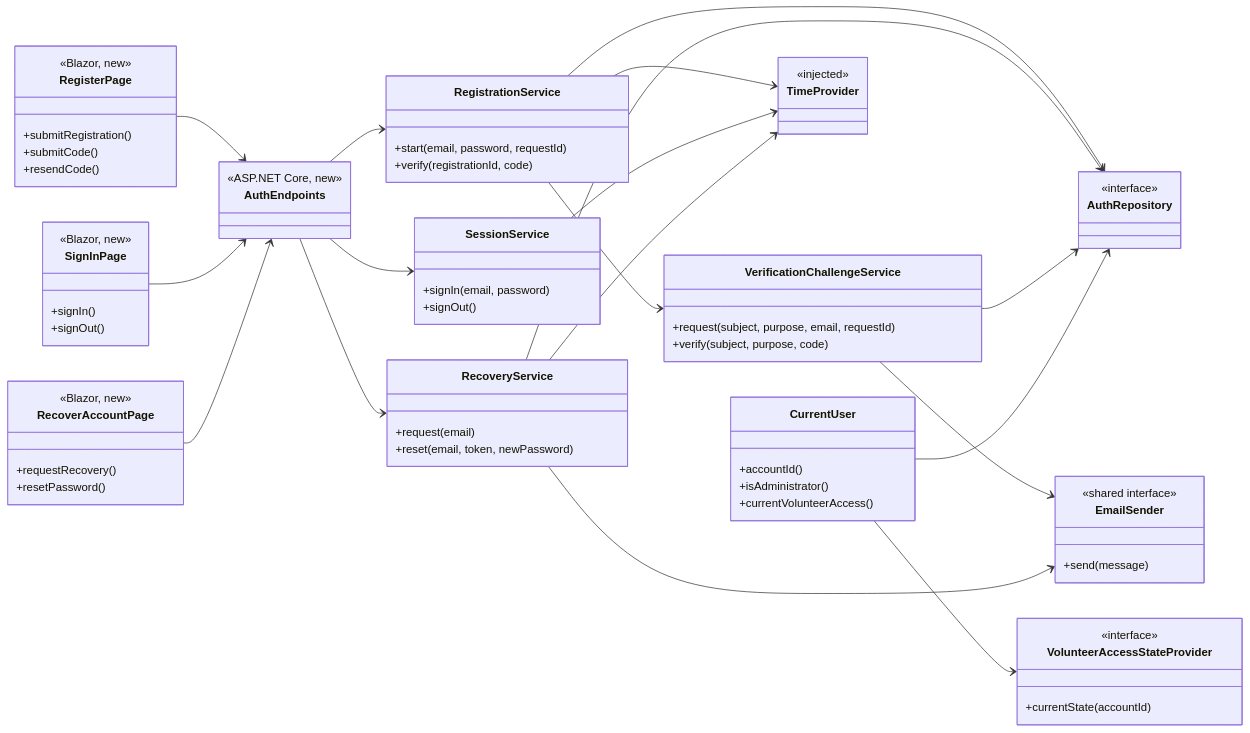
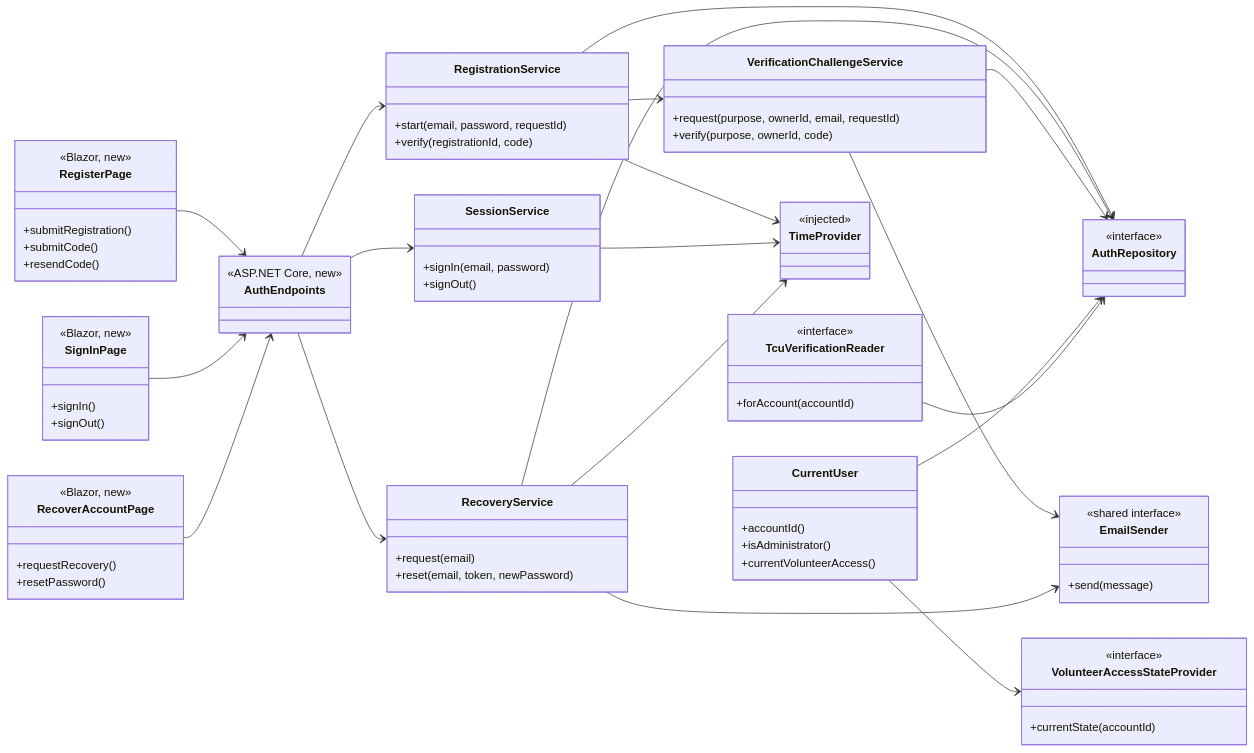
Before and after one commit to evelyntrann/cosc-40943-team-3-refrog: the first of 5 diagrams in docs/design/AUTH.md, drawn with Mermaid. The commit also changed other lines of this file and 1 other file, not shown here.

````diff
--- a/docs/design/AUTH.md
+++ b/docs/design/AUTH.md
@@ -20,76 +20,81 @@
 ```mermaid
 classDiagram
     direction LR
     class RegisterPage {
         <<Blazor, new>>
         +submitRegistration()
         +submitCode()
         +resendCode()
     }
     class SignInPage {
         <<Blazor, new>>
         +signIn()
         +signOut()
     }
     class RecoverAccountPage {
         <<Blazor, new>>
         +requestRecovery()
         +resetPassword()
     }
     class AuthEndpoints {
         <<ASP.NET Core, new>>
     }
     class RegistrationService {
         +start(email, password, requestId)
         +verify(registrationId, code)
     }
     class SessionService {
         +signIn(email, password)
         +signOut()
     }
     class RecoveryService {
         +request(email)
         +reset(email, token, newPassword)
     }
     class VerificationChallengeService {
-        +request(subject, purpose, email, requestId)
-        +verify(subject, purpose, code)
+        +request(purpose, ownerId, email, requestId)
+        +verify(purpose, ownerId, code)
+    }
+    class TcuVerificationReader {
+        <<interface>>
+        +forAccount(accountId)
     }
     class CurrentUser {
         +accountId()
         +isAdministrator()
         +currentVolunteerAccess()
     }
     class VolunteerAccessStateProvider {
         <<interface>>
         +currentState(accountId)
     }
     class AuthRepository {
         <<interface>>
     }
     class EmailSender {
         <<shared interface>>
         +send(message)
     }
     class TimeProvider {
         <<injected>>
     }
 
     RegisterPage --> AuthEndpoints
     SignInPage --> AuthEndpoints
     RecoverAccountPage --> AuthEndpoints
     AuthEndpoints --> RegistrationService
     AuthEndpoints --> SessionService
     AuthEndpoints --> RecoveryService
     RegistrationService --> VerificationChallengeService
     RegistrationService --> AuthRepository
     RecoveryService --> AuthRepository
     VerificationChallengeService --> AuthRepository
     VerificationChallengeService --> EmailSender
     RecoveryService --> EmailSender
     RegistrationService --> TimeProvider
     SessionService --> TimeProvider
     RecoveryService --> TimeProvider
     CurrentUser --> VolunteerAccessStateProvider
     CurrentUser --> AuthRepository
+    TcuVerificationReader --> AuthRepository
 ```
````
